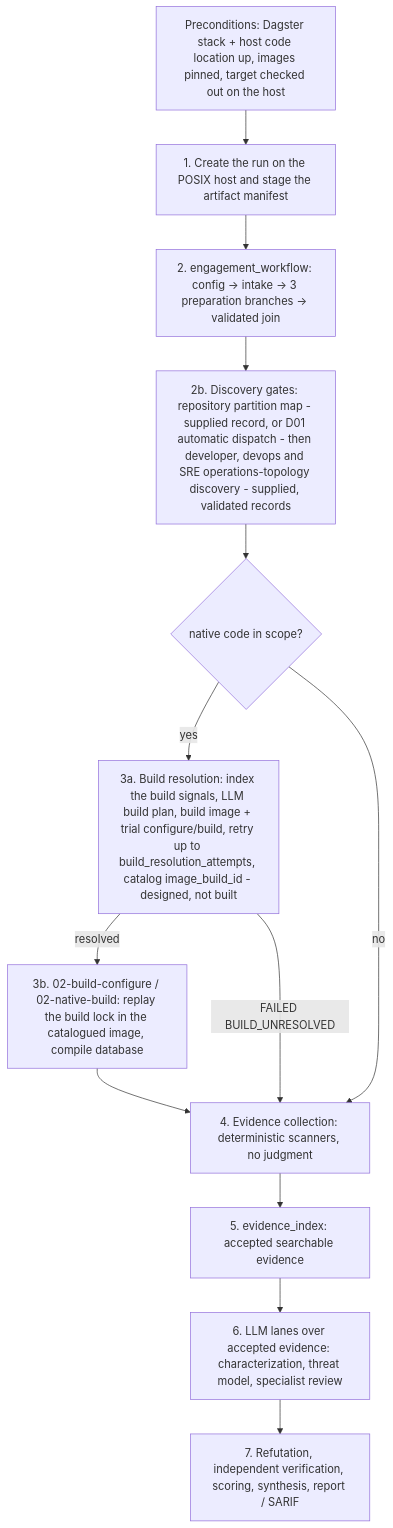
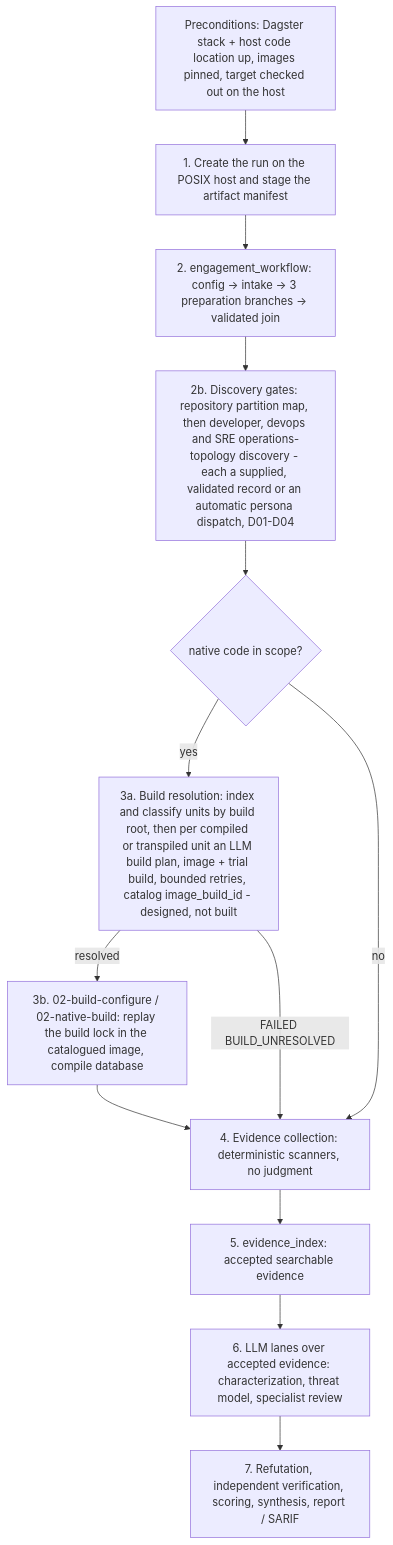
The diagram in docs/processes/engagement-start.md (wsollers/appsec-review), drawn with Mermaid before and after one commit. The commit also changed other lines of this file and 23 other files, not shown here.

````diff
--- a/docs/processes/engagement-start.md
+++ b/docs/processes/engagement-start.md
@@ -16,15 +16,15 @@
 ```mermaid
 flowchart TD
   P0[Preconditions: Dagster stack + host code location up, images pinned, target checked out on the host] --> S1
   S1[1. Create the run on the POSIX host and stage the artifact manifest] --> S2
   S2[2. engagement_workflow: config -> intake -> 3 preparation branches -> validated join] --> S2b
-  S2b[2b. Discovery gates: repository partition map - supplied record, or D01 automatic dispatch - then developer, devops and SRE operations-topology discovery - supplied, validated records] --> G1{native code in scope?}
-  G1 -- yes --> S3a[3a. Build resolution: index the build signals, LLM build plan, build image + trial configure/build, retry up to build_resolution_attempts, catalog image_build_id - designed, not built]
+  S2b[2b. Discovery gates: repository partition map, then developer, devops and SRE operations-topology discovery - each a supplied, validated record or an automatic persona dispatch, D01-D04] --> G1{native code in scope?}
+  G1 -- yes --> S3a[3a. Build resolution: index and classify units by build root, then per compiled or transpiled unit an LLM build plan, image + trial build, bounded retries, catalog image_build_id - designed, not built]
   S3a -- resolved --> S3[3b. 02-build-configure / 02-native-build: replay the build lock in the catalogued image, compile database]
   S3a -- FAILED BUILD_UNRESOLVED --> S4
   G1 -- no --> S4
   S3 --> S4[4. Evidence collection: deterministic scanners, no judgment]
   S4 --> S5[5. evidence_index: accepted searchable evidence]
   S5 --> S6[6. LLM lanes over accepted evidence: characterization, threat model, specialist review]
   S6 --> S7[7. Refutation, independent verification, scoring, synthesis, report / SARIF]
 ```
````
